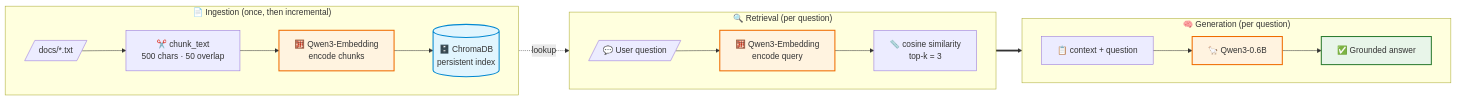
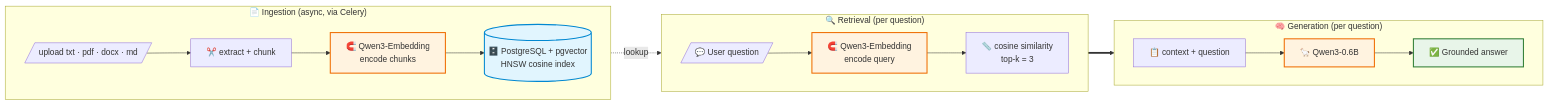
One commit to farinaleo/simple-local-rag changed the first of 3 diagrams in README.md. Above: the diagram before and after it, drawn with Mermaid. The commit also changed other lines of this file and 21 other files, not shown here.

````diff
--- a/README.md
+++ b/README.md
@@ -53,31 +56,31 @@
 ```mermaid
 flowchart LR
-    subgraph INGEST["📄 Ingestion (once, then incremental)"]
+    subgraph INGEST["📄 Ingestion (async, via Celery)"]
         direction LR
-        A[/"docs/*.txt"/] --> B["✂️ chunk_text<br/>500 chars · 50 overlap"]
-        B --> C["🧮 Qwen3-Embedding<br/>encode chunks"]
-        C --> D[("🗄️ ChromaDB<br/>persistent index")]
+        A[/"upload txt · pdf · docx · md"/] --> B["✂️ extract + chunk"]
+        B --> C["🧲 Qwen3-Embedding<br/>encode chunks"]
+        C --> D[("🗄️ PostgreSQL + pgvector<br/>HNSW cosine index")]
     end
 
     subgraph QUERY["🔍 Retrieval (per question)"]
         direction LR
-        Q[/"💬 User question"/] --> E["🧮 Qwen3-Embedding<br/>encode query"]
+        Q[/"💬 User question"/] --> E["🧲 Qwen3-Embedding<br/>encode query"]
         E --> F["📏 cosine similarity<br/>top-k = 3"]
     end
 
     subgraph GEN["🧠 Generation (per question)"]
         direction LR
         G["📋 context + question"] --> H["🦙 Qwen3-0.6B"]
         H --> I["✅ Grounded answer"]
     end
 
     D -."lookup".-> F
     F ==> G
 
     classDef store fill:#e1f5fe,stroke:#0288d1,stroke-width:2px
     classDef model fill:#fff3e0,stroke:#ef6c00,stroke-width:2px
     classDef done fill:#e8f5e9,stroke:#2e7d32,stroke-width:2px
     class D store
     class C,E,H model
     class I done
 ```
````
